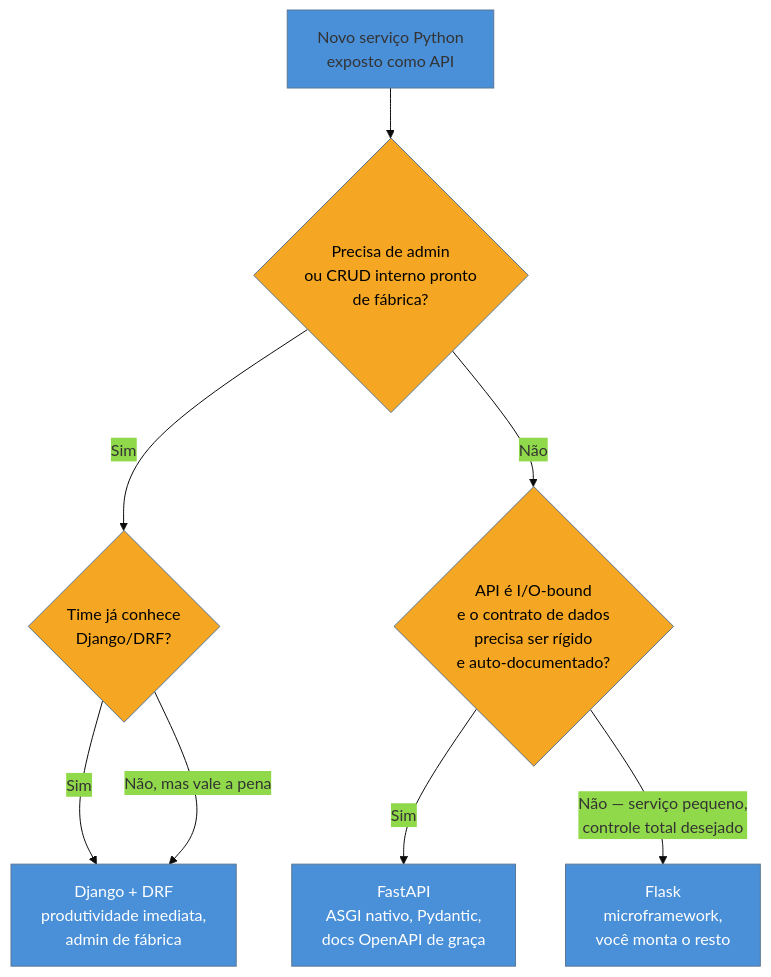
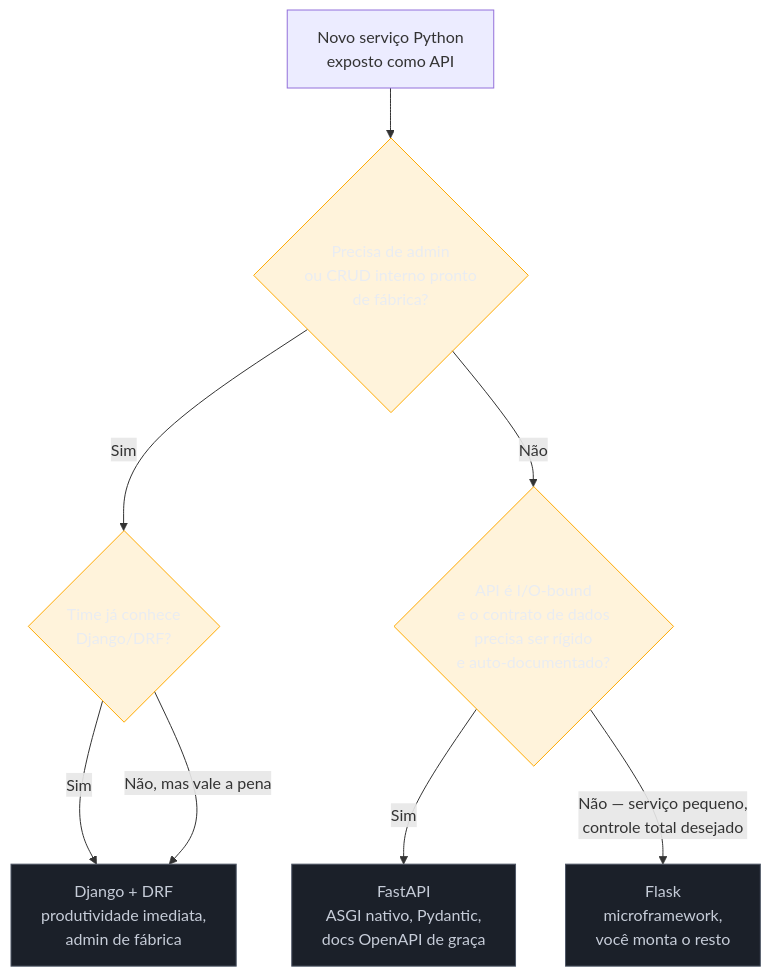
Before and after one commit to josenaldo/codex-technomanticus: the diagram in 03-Dominios/Tecnologia/Python/Web e APIs REST/01 - Django vs FastAPI vs Flask — panorama e filosofias.md, drawn with Mermaid. The commit also changed 1181 other files, not shown here.

First line of the commit message:
fix(diagramas): paleta do sistema no lugar de cor cravada no markdown

````diff
--- a/03-Dominios/Tecnologia/Python/Web e APIs REST/01 - Django vs FastAPI vs Flask — panorama e filosofias.md
+++ b/03-Dominios/Tecnologia/Python/Web e APIs REST/01 - Django vs FastAPI vs Flask — panorama e filosofias.md
@@ -220,21 +220,22 @@
 ```mermaid
-%%{init: {"theme": "base", "themeVariables": {"primaryColor": "#4A90D9"}}}%%
 graph TD
+    classDef neutro fill:#1B2029,stroke:#4E5666,color:#C6CCD8
+    classDef destaque fill:#FFAA0024,stroke:#FFAA00,color:#E9ECF2
     Start[Novo serviço Python<br/>exposto como API] --> Q1{Precisa de admin<br/>ou CRUD interno pronto<br/>de fábrica?}
 
     Q1 -->|Sim| Q2{Time já conhece<br/>Django/DRF?}
     Q1 -->|Não| Q3{API é I/O-bound<br/>e o contrato de dados<br/>precisa ser rígido<br/>e auto-documentado?}
 
     Q2 -->|Sim| Django[Django + DRF<br/>produtividade imediata,<br/>admin de fábrica]
     Q2 -->|Não, mas vale a pena| Django
 
     Q3 -->|Sim| FastAPI[FastAPI<br/>ASGI nativo, Pydantic,<br/>docs OpenAPI de graça]
     Q3 -->|Não — serviço pequeno,<br/>controle total desejado| Flask[Flask<br/>microframework,<br/>você monta o resto]
 
-    style Django fill:#4A90D9,color:#fff
-    style FastAPI fill:#4A90D9,color:#fff
-    style Flask fill:#4A90D9,color:#fff
-    style Q1 fill:#F5A623,color:#000
-    style Q2 fill:#F5A623,color:#000
-    style Q3 fill:#F5A623,color:#000
+    class Django neutro
+    class FastAPI neutro
+    class Flask neutro
+    class Q1 destaque
+    class Q2 destaque
+    class Q3 destaque
 ```
````
